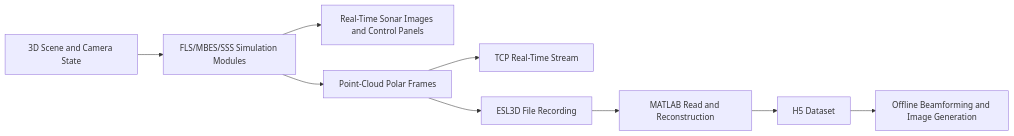
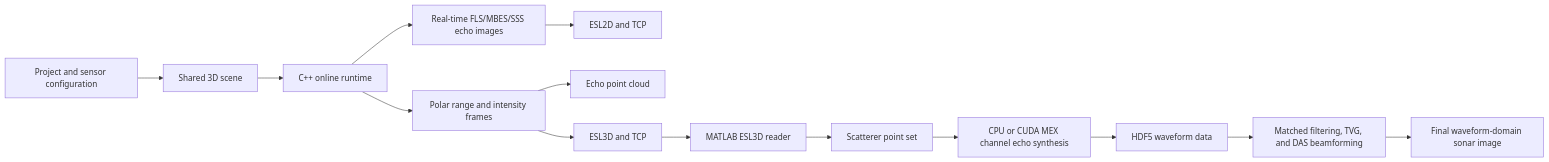
Before and after one commit to Qiuming-Ai/echoverse_sonar_lab: the diagram in docs/software_architecture_analysis.md, drawn with Mermaid. The commit also changed other lines of this file and 20 other files, not shown here.

First line of the commit message:
Add CUDA-accelerated ultrasound echo synthesis with support for varying excitation per transducer

````diff
--- a/docs/software_architecture_analysis.md
+++ b/docs/software_architecture_analysis.md
@@ -115,11 +19,16 @@
 ```mermaid
 flowchart LR
-    A[3D Scene and Camera State] --> B[FLS/MBES/SSS Simulation Modules]
-    B --> C[Real-Time Sonar Images and Control Panels]
-    B --> D[Point-Cloud Polar Frames]
-    D --> E[TCP Real-Time Stream]
-    D --> F[ESL3D File Recording]
-    F --> G[MATLAB Read and Reconstruction]
-    G --> H[H5 Dataset]
-    H --> I[Offline Beamforming and Image Generation]
+    A[Project and sensor configuration] --> B[Shared 3D scene]
+    B --> C[C++ online runtime]
+    C --> D[Real-time FLS/MBES/SSS echo images]
+    C --> E[Polar range and intensity frames]
+    E --> F[Echo point cloud]
+    D --> G[ESL2D and TCP]
+    E --> H[ESL3D and TCP]
+    H --> I[MATLAB ESL3D reader]
+    I --> J[Scatterer point set]
+    J --> K[CPU or CUDA MEX channel echo synthesis]
+    K --> L[HDF5 waveform data]
+    L --> M[Matched filtering, TVG, and DAS beamforming]
+    M --> N[Final waveform-domain sonar image]
 ```
````
